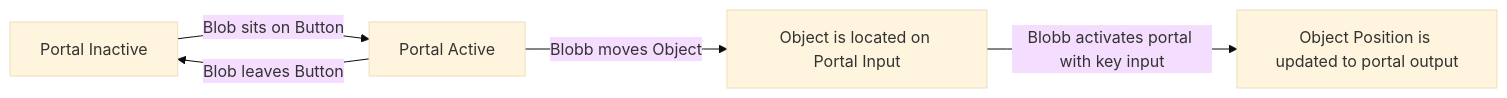
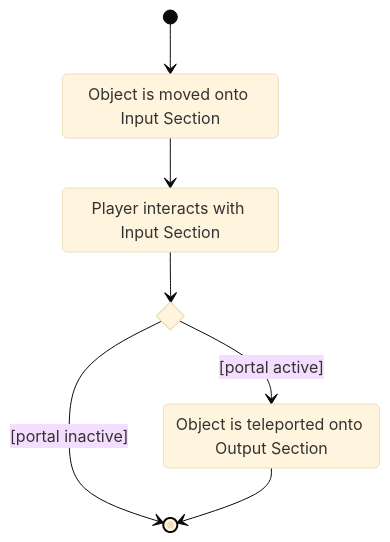
The sixth of 7 diagrams in documentation/topics/2-5-2-Use-Case-Model.md (nemoboi/FP2024), drawn with Mermaid (base theme) before and after one commit. The commit also changed other lines of this file, not shown here.

Commit message:
Activity Diagrams

````diff
--- a/documentation/topics/2-5-2-Use-Case-Model.md
+++ b/documentation/topics/2-5-2-Use-Case-Model.md
@@ -35,11 +112,13 @@
 ```Mermaid
-graph LR
-PI[Portal Inactive]
-PA[Portal Active]
-OP[Object is located on Portal Input]
-OPU[Object Position is updated to portal output]
-PI -- Blob sits on Button --> PA
-PA -- Blob leaves Button --> PI
-PA -- Blobb moves Object --> OP
-OP -- Blobb activates portal with key input--> OPU
+stateDiagram-v2
+state if_state <<choice>>
+[*] --> OI
+OI: Object is moved onto Input Section
+OI --> PI
+PI: Player interacts with Input Section
+PI --> if_state
+if_state --> TEL: [portal active]
+if_state --> [*]: [portal inactive]
+TEL: Object is teleported onto Output Section
+TEL --> [*]
 ```
````
